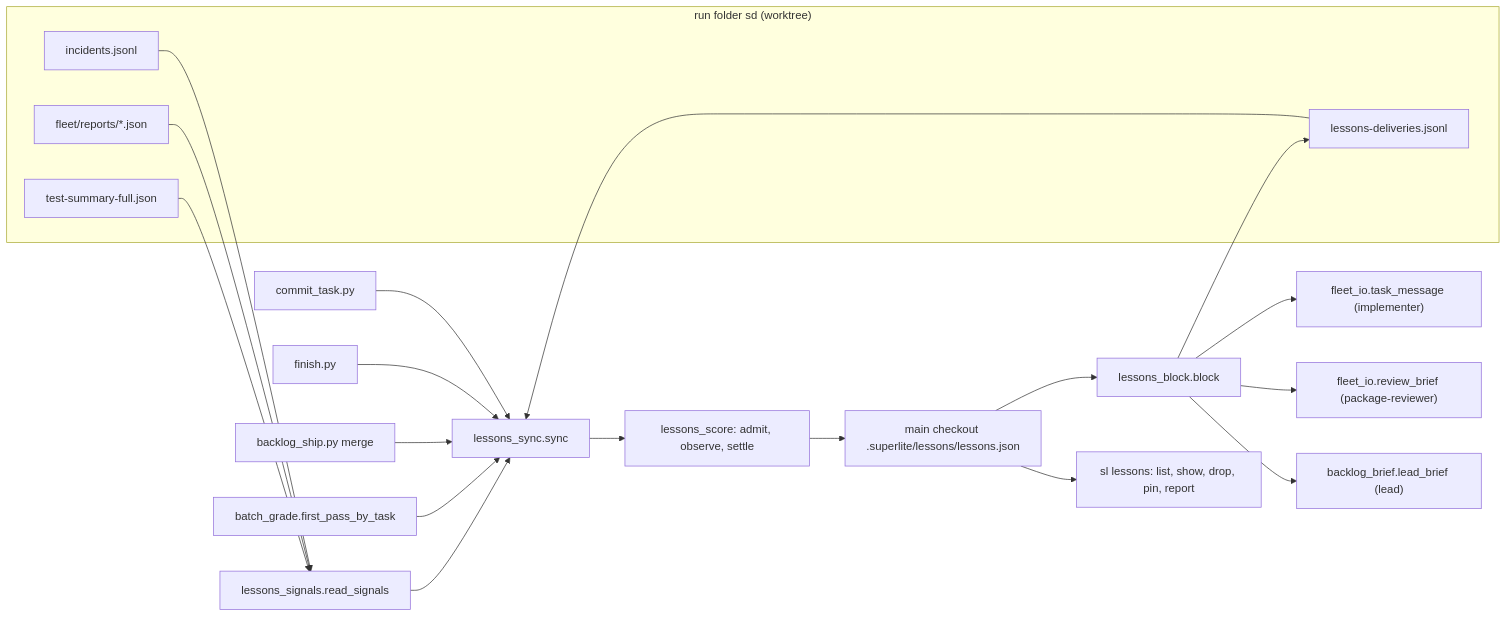
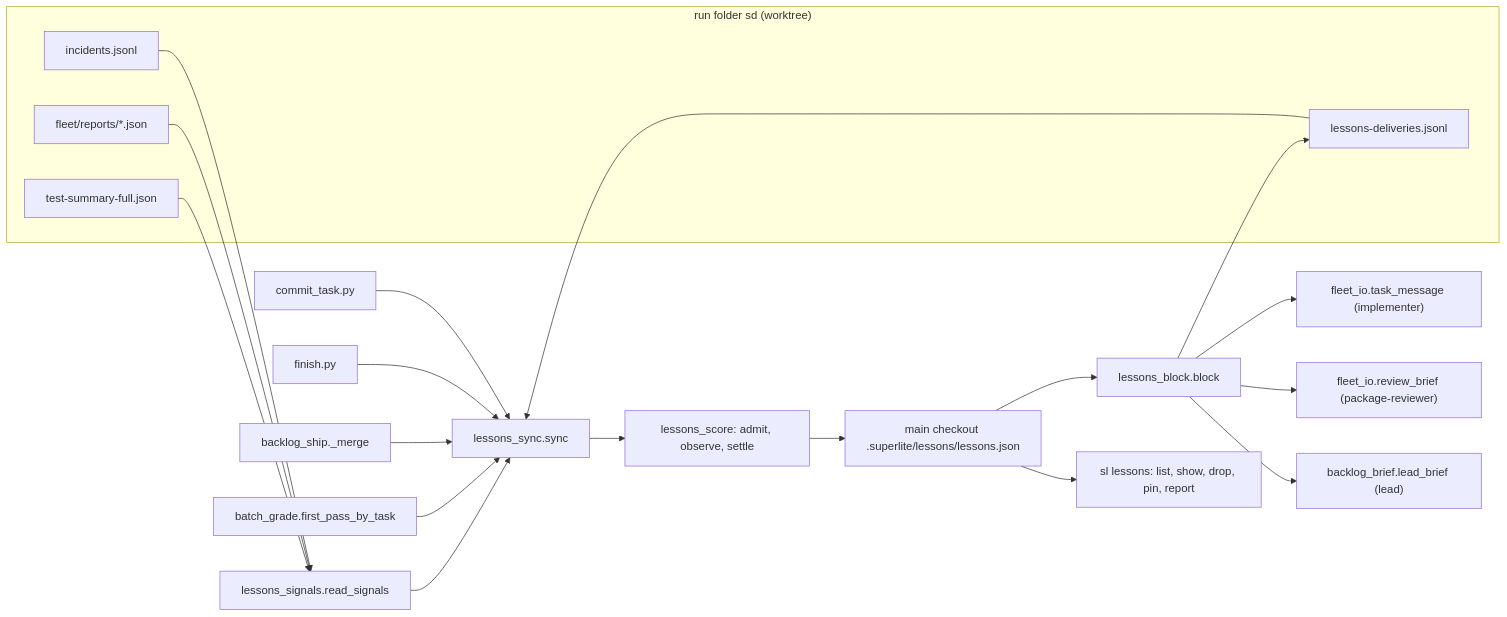
Before and after one commit to maxboettinger/superlite: the first of 3 diagrams in docs/plans/lessons-cache.md, drawn with Mermaid. The commit also changed other lines of this file and 1 other file, not shown here.

````diff
--- a/docs/plans/lessons-cache.md
+++ b/docs/plans/lessons-cache.md
@@ -31,26 +31,26 @@
 ```mermaid
 flowchart LR
   subgraph run["run folder sd (worktree)"]
     INC["incidents.jsonl"]
     REP["fleet/reports/*.json"]
     FULL["test-summary-full.json"]
     DEL["lessons-deliveries.jsonl"]
   end
   CT["commit_task.py"] --> SY["lessons_sync.sync"]
   FI["finish.py"] --> SY
-  SH["backlog_ship.py merge"] --> SY
+  SH["backlog_ship._merge"] --> SY
   INC --> SIG["lessons_signals.read_signals"]
   REP --> SIG
   FULL --> SIG
   SIG --> SY
   DEL --> SY
   BG["batch_grade.first_pass_by_task"] --> SY
   SY --> SC["lessons_score: admit, observe, settle"]
   SC --> ST["main checkout .superlite/lessons/lessons.json"]
   ST --> BL["lessons_block.block"]
   BL --> TM["fleet_io.task_message (implementer)"]
   BL --> RB["fleet_io.review_brief (package-reviewer)"]
   BL --> LB["backlog_brief.lead_brief (lead)"]
   BL --> DEL
   ST --> CLI["sl lessons: list, show, drop, pin, report"]
 ```
````
